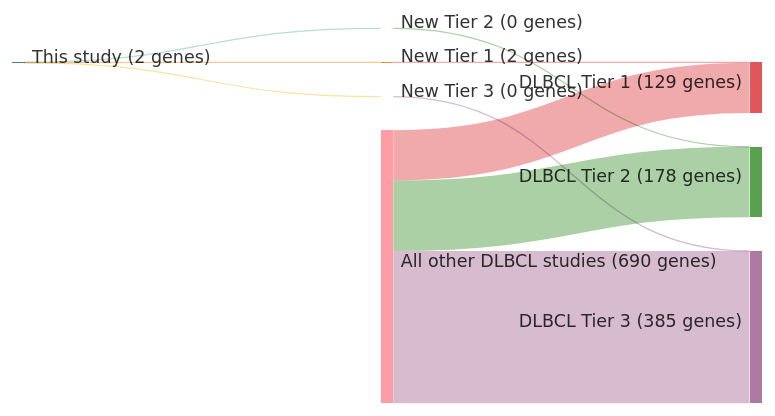
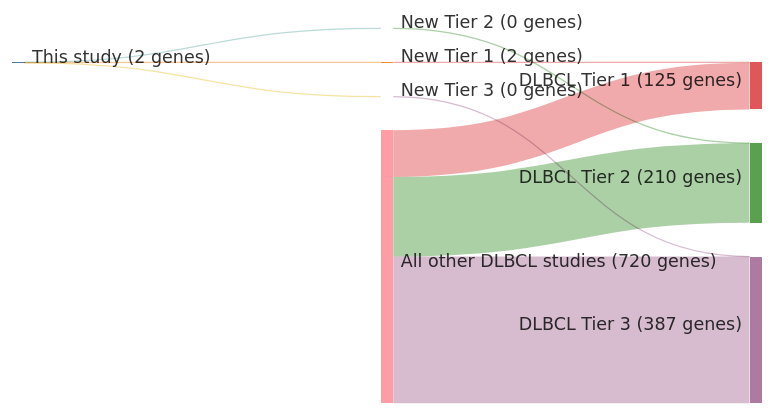
The diagram in papers/morinGeneticLandscapesRelapsed2016.md (morinlab/lymphopedia), drawn with Mermaid before and after one commit. The commit also changed 81 other files, not shown here.

````diff
--- a/papers/morinGeneticLandscapesRelapsed2016.md
+++ b/papers/morinGeneticLandscapesRelapsed2016.md
@@ -12,23 +12,23 @@
 ```mermaid
 ---
 config:
     sankey:
         showValues: true
         linkColor: target
         width: 600
         height: 300
         nodeAlignment: right
         prefix: '('
         suffix: ' genes)'
 ---
 sankey-beta
 This study, New Tier 1, 2
 New Tier 1, DLBCL Tier 1, 2
 This study, New Tier 2, 0
 New Tier 2, DLBCL Tier 2, 0
 This study, New Tier 3, 0
 New Tier 3, DLBCL Tier 3, 0
-All other DLBCL studies, DLBCL Tier 1, 127
-All other DLBCL studies, DLBCL Tier 2, 178
-All other DLBCL studies, DLBCL Tier 3, 385
+All other DLBCL studies, DLBCL Tier 1, 123
+All other DLBCL studies, DLBCL Tier 2, 210
+All other DLBCL studies, DLBCL Tier 3, 387
 ```
````
